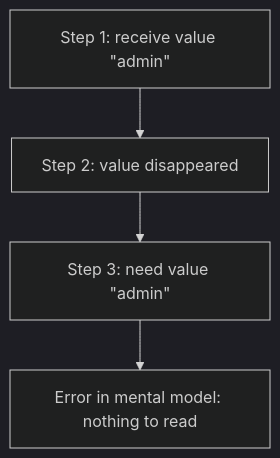
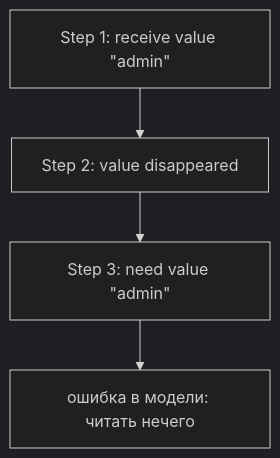
Before and after one commit to Bimba333/qa-js-ts-cookbook: the sixth of 9 diagrams in docs/01-javascript/05-memory.md, drawn with Mermaid (dark theme). The commit also changed other lines of this file and 101 other files, not shown here.

````diff
--- a/docs/01-javascript/05-memory.md
+++ b/docs/01-javascript/05-memory.md
@@ -208,10 +208,10 @@
 ```mermaid
 flowchart TD
     N1["Step 1: receive value &quot;admin&quot;"]
     N2["Step 2: value disappeared"]
     N3["Step 3: need value &quot;admin&quot;"]
-    N4["Error in mental model: nothing to read"]
+    N4["ошибка в модели: читать нечего"]
     N1 --> N2
     N2 --> N3
     N3 --> N4
 ```
````
